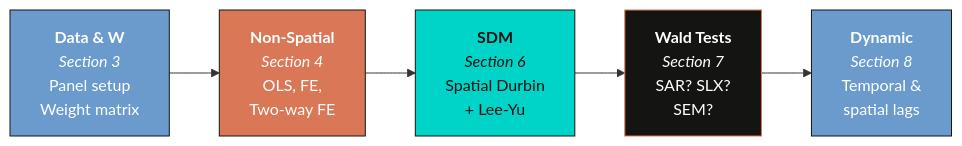
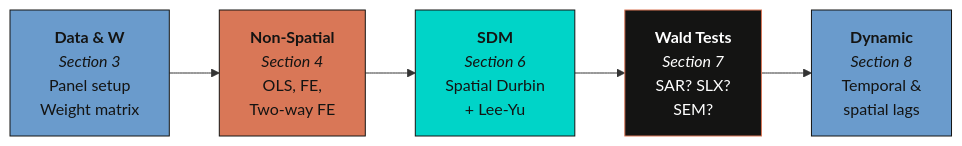
Before and after one commit to cmg777/starter-academic-v501: the first of 3 diagrams in content/post/stata_sp_regression_panel/index.md, drawn with Mermaid. The commit also changed other lines of this file and 67 other files, not shown here.

First line of the commit message:
fix(mermaid): readable diagram text in both themes across the site

````diff
--- a/content/post/stata_sp_regression_panel/index.md
+++ b/content/post/stata_sp_regression_panel/index.md
@@ -241,19 +241,19 @@
 ```mermaid
 graph LR
     A["<b>Data & W</b><br/><i>Section 3</i><br/>Panel setup<br/>Weight matrix"]
     B["<b>Non-Spatial</b><br/><i>Section 4</i><br/>OLS, FE,<br/>Two-way FE"]
     C["<b>SDM</b><br/><i>Section 6</i><br/>Spatial Durbin<br/>+ Lee-Yu"]
     D["<b>Wald Tests</b><br/><i>Section 7</i><br/>SAR? SLX?<br/>SEM?"]
     E["<b>Dynamic</b><br/><i>Section 8</i><br/>Temporal &<br/>spatial lags"]
 
     A --> B
     B --> C
     C --> D
     D --> E
 
-    style A fill:#6a9bcc,stroke:#141413,color:#fff
-    style B fill:#d97757,stroke:#141413,color:#fff
+    style A fill:#6a9bcc,stroke:#141413,color:#141413
+    style B fill:#d97757,stroke:#141413,color:#141413
     style C fill:#00d4c8,stroke:#141413,color:#141413
     style D fill:#141413,stroke:#d97757,color:#fff
-    style E fill:#6a9bcc,stroke:#141413,color:#fff
+    style E fill:#6a9bcc,stroke:#141413,color:#141413
 ```
````
